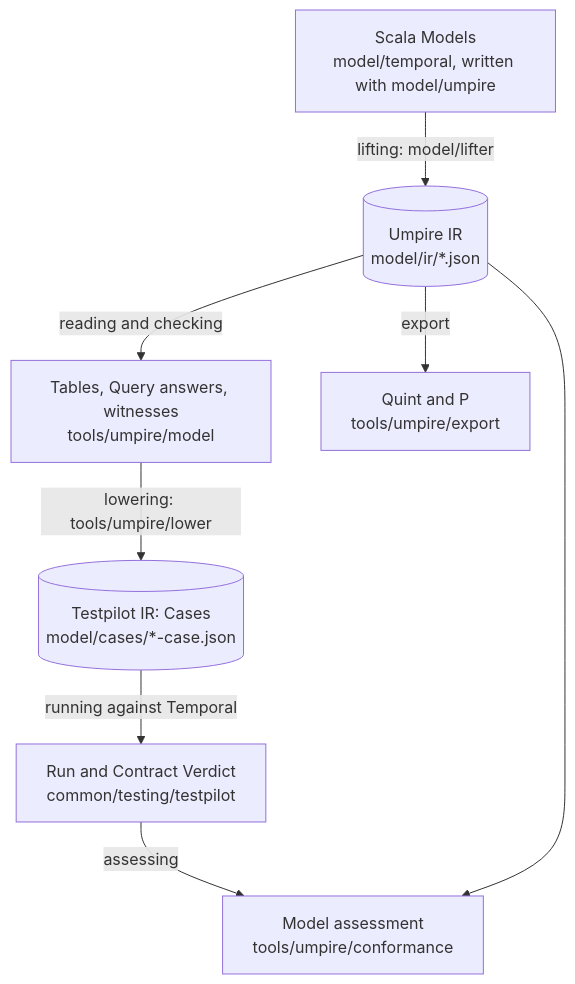
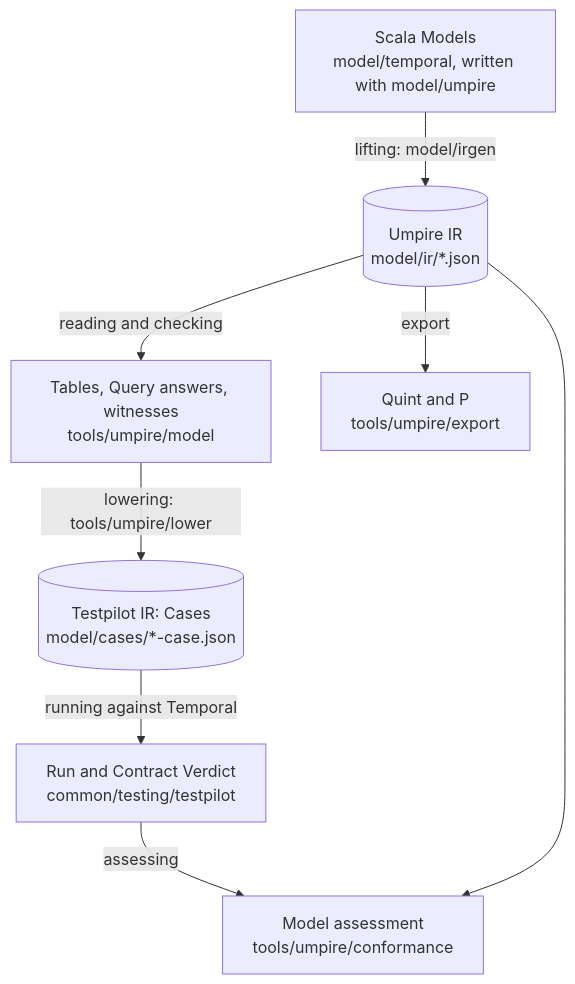
One commit to stephanos/temporal changed the diagram in model/README.md. Above: the diagram before and after it, drawn with Mermaid. The commit also changed other lines of this file and 360 other files, not shown here.

````diff
--- a/model/README.md
+++ b/model/README.md
@@ -90,18 +90,18 @@
 ```mermaid
 flowchart TD
     scala["Scala Models<br/>model/temporal, written with model/umpire"]
     uir[("Umpire IR<br/>model/ir/*.json")]
     reader["Tables, Query answers, witnesses<br/>tools/umpire/model"]
     tir[("Testpilot IR: Cases<br/>model/cases/*-case.json")]
     run["Run and Contract Verdict<br/>common/testing/testpilot"]
     assessment["Model assessment<br/>tools/umpire/conformance"]
     other["Quint and P<br/>tools/umpire/export"]
 
-    scala -->|"lifting: model/lifter"| uir
+    scala -->|"lifting: model/irgen"| uir
     uir -->|"reading and checking"| reader
     reader -->|"lowering: tools/umpire/lower"| tir
     tir -->|"running against Temporal"| run
     run -->|"assessing"| assessment
     uir --> assessment
     uir -->|"export"| other
 ```
````
